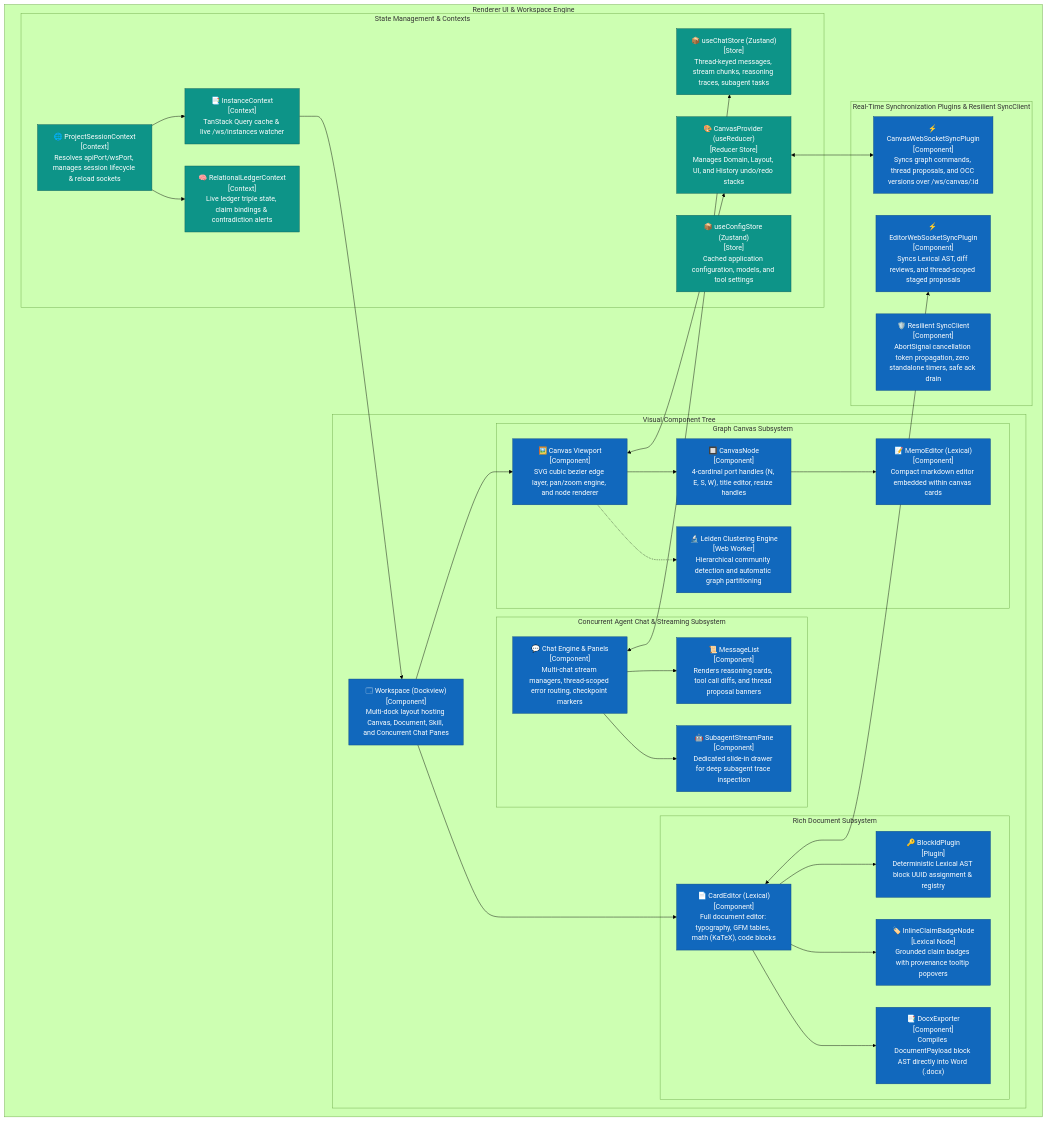
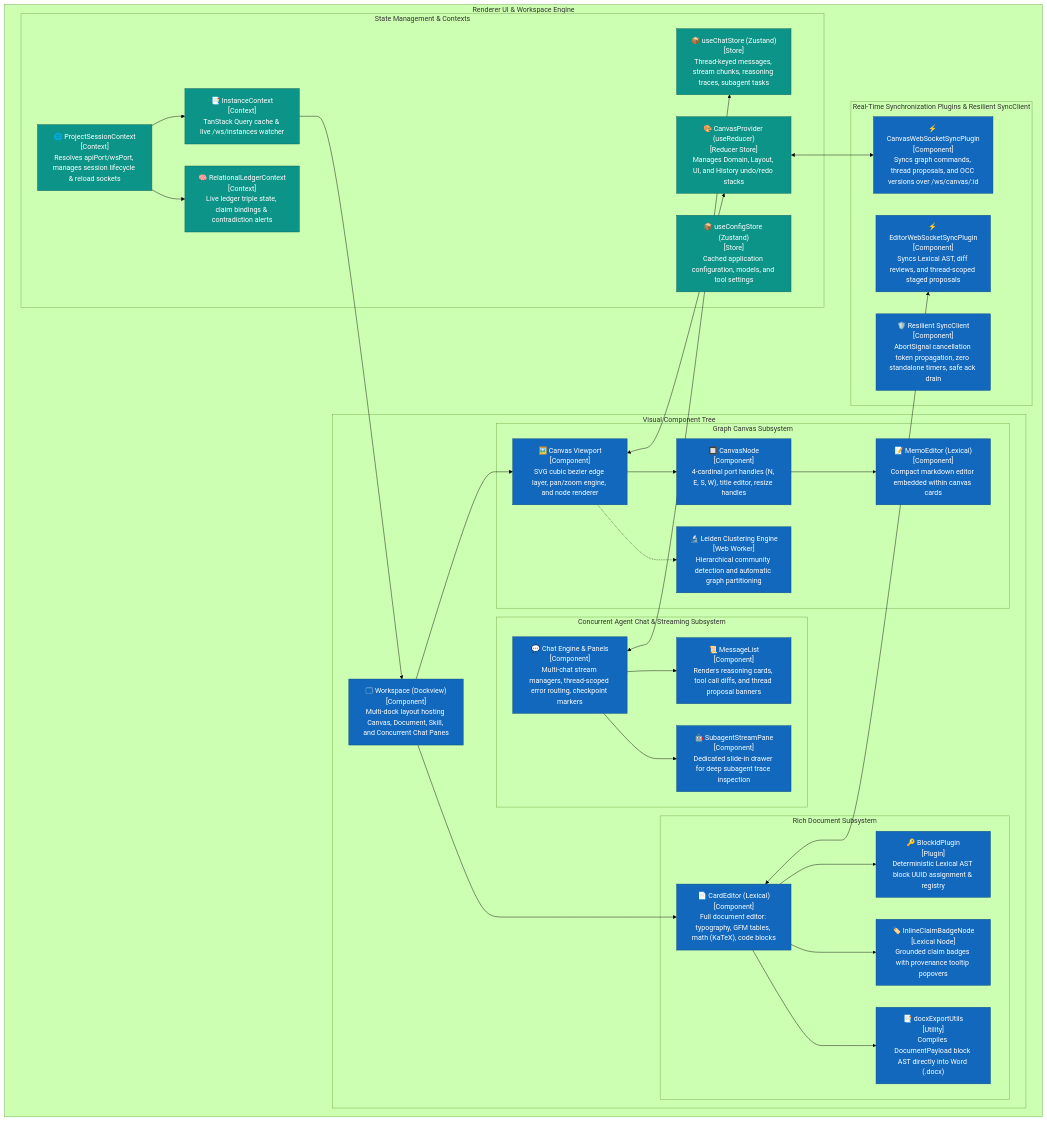
One commit to Goldwaterfung/Collaragent changed the diagram in docs/design-catalog/c3-components/component-renderer-ui.mmd. Above: the diagram before and after it, drawn with Mermaid (forest theme). The commit also changed 42 other files, not shown here.

```diff
--- a/docs/design-catalog/c3-components/component-renderer-ui.mmd
+++ b/docs/design-catalog/c3-components/component-renderer-ui.mmd
@@ -1,67 +1,67 @@
 flowchart TB
     %% C3 Renderer UI Styling
     classDef component fill:#1168bd,stroke:#0b4884,color:#fff;
     classDef store fill:#0d9488,stroke:#115e59,color:#fff;
     classDef boundary fill:none,stroke:#94a3b8,stroke-width:2px,stroke-dasharray: 5 5;
 
     subgraph RendererWorkspaceBoundary ["Renderer UI & Workspace Engine"]
         
         subgraph StateLayer ["State Management & Contexts"]
             ChatStore["📦 useChatStore (Zustand)<br/>[Store]<br/>Thread-keyed messages, stream chunks, reasoning traces, subagent tasks"]:::store
             ConfigStore["📦 useConfigStore (Zustand)<br/>[Store]<br/>Cached application configuration, models, and tool settings"]:::store
             SessionCtx["🌐 ProjectSessionContext<br/>[Context]<br/>Resolves apiPort/wsPort, manages session lifecycle & reload sockets"]:::store
             InstanceCtx["📑 InstanceContext<br/>[Context]<br/>TanStack Query cache & live /ws/instances watcher"]:::store
             RelationalLedgerCtx["🧠 RelationalLedgerContext<br/>[Context]<br/>Live ledger triple state, claim bindings & contradiction alerts"]:::store
             CanvasStore["🎨 CanvasProvider (useReducer)<br/>[Reducer Store]<br/>Manages Domain, Layout, UI, and History undo/redo stacks"]:::store
         end
 
         subgraph ViewLayer ["Visual Component Tree"]
             DockviewHost["🗔 Workspace (Dockview)<br/>[Component]<br/>Multi-dock layout hosting Canvas, Document, Skill, and Concurrent Chat Panes"]:::component
             
             subgraph CanvasView ["Graph Canvas Subsystem"]
                 CanvasViewport["🖼️ Canvas Viewport<br/>[Component]<br/>SVG cubic bezier edge layer, pan/zoom engine, and node renderer"]:::component
                 CanvasNodeComp["🔲 CanvasNode<br/>[Component]<br/>4-cardinal port handles (N, E, S, W), title editor, resize handles"]:::component
                 MemoEditor["📝 MemoEditor (Lexical)<br/>[Component]<br/>Compact markdown editor embedded within canvas cards"]:::component
                 LeidenWorker["🔬 Leiden Clustering Engine<br/>[Web Worker]<br/>Hierarchical community detection and automatic graph partitioning"]:::component
             end
             
             subgraph DocumentView ["Rich Document Subsystem"]
                 CardEditor["📄 CardEditor (Lexical)<br/>[Component]<br/>Full document editor: typography, GFM tables, math (KaTeX), code blocks"]:::component
                 BlockIdPlugin["🔑 BlockIdPlugin<br/>[Plugin]<br/>Deterministic Lexical AST block UUID assignment & registry"]:::component
                 ClaimBadgeNode["🏷️ InlineClaimBadgeNode<br/>[Lexical Node]<br/>Grounded claim badges with provenance tooltip popovers"]:::component
-                DocxExporter["📑 DocxExporter<br/>[Component]<br/>Compiles DocumentPayload block AST directly into Word (.docx)"]:::component
+                DocxExporter["📑 docxExportUtils<br/>[Utility]<br/>Compiles DocumentPayload block AST directly into Word (.docx)"]:::component
             end
 
             subgraph ChatView ["Concurrent Agent Chat & Streaming Subsystem"]
                 ChatEngine["💬 Chat Engine & Panels<br/>[Component]<br/>Multi-chat stream managers, thread-scoped error routing, checkpoint markers"]:::component
                 MessageListComp["📜 MessageList<br/>[Component]<br/>Renders reasoning cards, tool call diffs, and thread proposal banners"]:::component
                 SubagentPane["🤖 SubagentStreamPane<br/>[Component]<br/>Dedicated slide-in drawer for deep subagent trace inspection"]:::component
             end
         end
 
         subgraph SyncLayer ["Real-Time Synchronization Plugins & Resilient SyncClient"]
             CanvasSync["⚡ CanvasWebSocketSyncPlugin<br/>[Component]<br/>Syncs graph commands, thread proposals, and OCC versions over /ws/canvas/:id"]:::component
             EditorSync["⚡ EditorWebSocketSyncPlugin<br/>[Component]<br/>Syncs Lexical AST, diff reviews, and thread-scoped staged proposals"]:::component
             ClientLifecycle["🛡️ Resilient SyncClient<br/>[Component]<br/>AbortSignal cancellation token propagation, zero standalone timers, safe ack drain"]:::component
         end
     end
 
     SessionCtx --> InstanceCtx
     SessionCtx --> RelationalLedgerCtx
     InstanceCtx --> DockviewHost
     DockviewHost --> CanvasViewport
     DockviewHost --> CardEditor
     CanvasViewport --> CanvasNodeComp
     CanvasNodeComp --> MemoEditor
     CanvasViewport -.-> LeidenWorker
     
     CardEditor --> BlockIdPlugin
     CardEditor --> ClaimBadgeNode
     CardEditor --> DocxExporter
     ChatEngine --> MessageListComp
     ChatEngine --> SubagentPane
     
     ChatEngine <--> ChatStore
     CanvasViewport <--> CanvasStore
     CanvasStore <--> CanvasSync
     CardEditor <--> EditorSync
```
